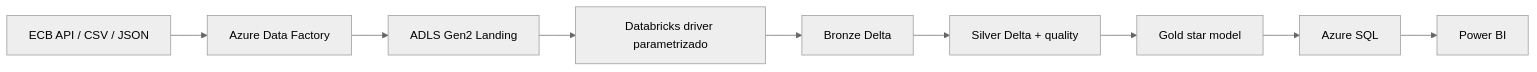
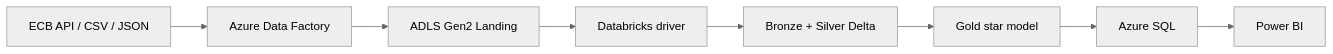
One commit to franciscosalaspla/data-engineering-portfolio changed the third of 3 diagrams in 23-azure-adf-databricks-bank-fx/docs/architecture.md. Above: the diagram before and after it, drawn with Mermaid (neutral theme). The commit also changed other lines of this file and 24 other files, not shown here.

Commit message:
feat(project-23): add PySpark Delta Silver pipeline

````diff
--- a/23-azure-adf-databricks-bank-fx/docs/architecture.md
+++ b/23-azure-adf-databricks-bank-fx/docs/architecture.md
@@ -69,11 +96,10 @@
 ```mermaid
 flowchart LR
     S["ECB API / CSV / JSON"] --> ADF["Azure Data Factory"]
     ADF --> ADLS["ADLS Gen2 Landing"]
-    ADLS --> DBX["Databricks driver parametrizado"]
-    DBX --> BR["Bronze Delta"]
-    BR --> SI["Silver Delta + quality"]
-    SI --> GO["Gold star model"]
-    GO --> SQL["Azure SQL"]
-    SQL --> PBI["Power BI"]
+    ADLS --> D["Databricks driver"]
+    D --> SI["Bronze + Silver Delta"]
+    SI --> G["Gold star model"]
+    G --> SQL["Azure SQL"]
+    SQL --> BI["Power BI"]
 ```
````
